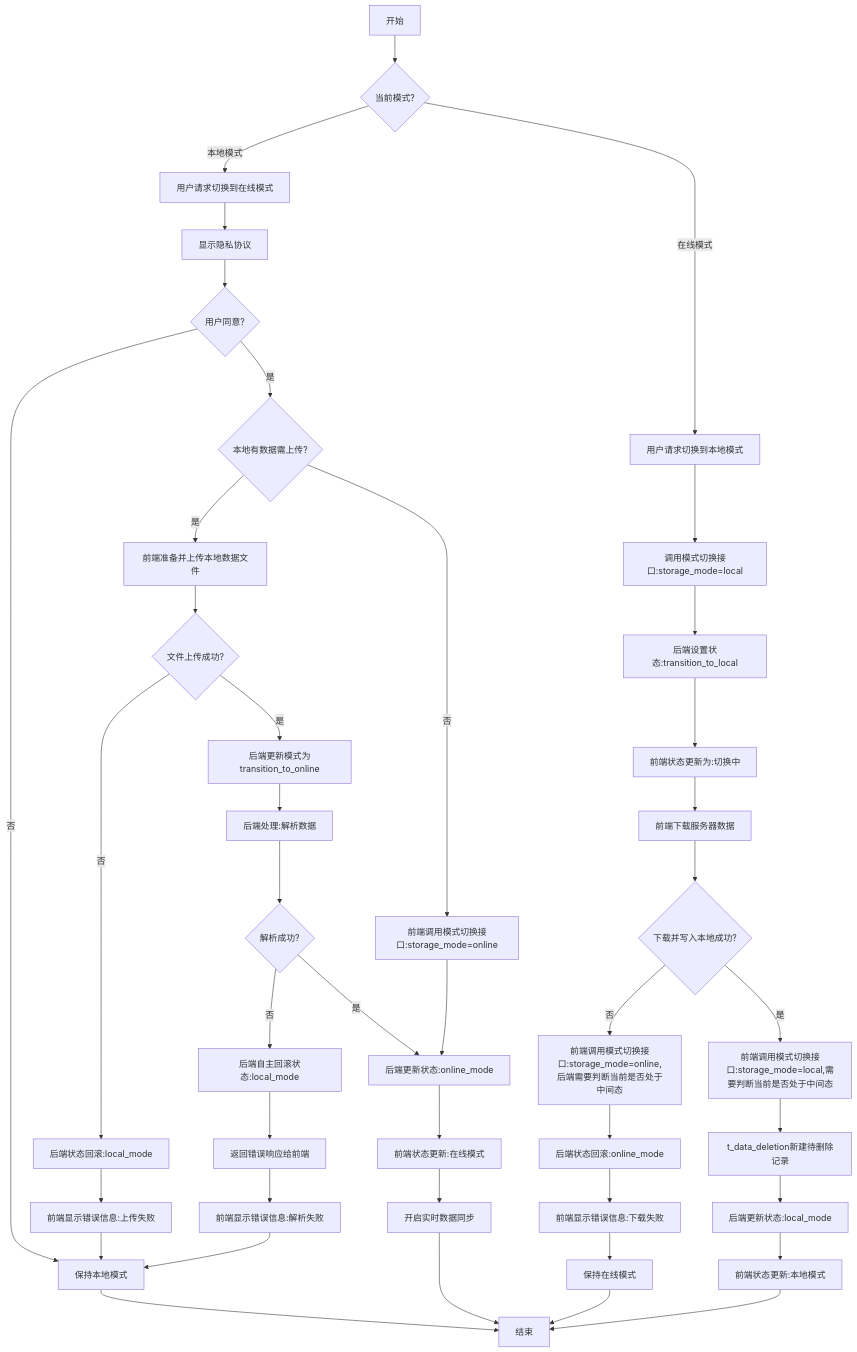
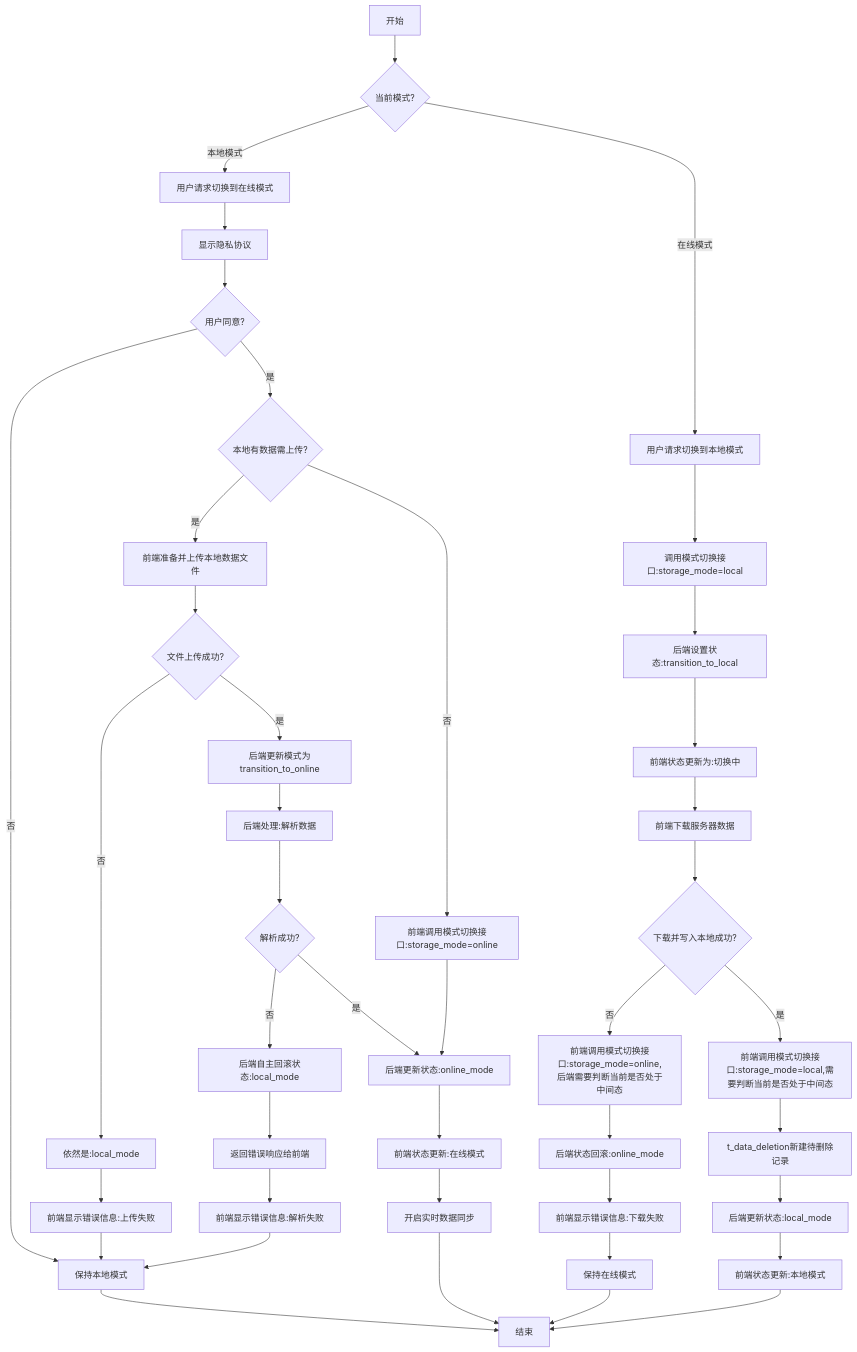
One commit to yingjianzh/iodraw-files changed the diagram in all/未命名-68.md. Above: the diagram before and after it, drawn with Mermaid.

Commit message:
2025-06-04 10:04:29 update

````diff
--- a/all/未命名-68.md
+++ b/all/未命名-68.md
@@ -1,67 +1,67 @@
 ```mermaid
 
 flowchart TD
     A[开始] --> B{当前模式?}
     
     %% 本地模式转在线模式
     B -->|本地模式| C[用户请求切换到在线模式]
     C --> D[显示隐私协议]
     D --> E{用户同意?}
 
 
     E -->|否| F[保持本地模式]
     F --> Z[结束]
     
     E -->|是| J{本地有数据需上传?}
     
     %% 有本地数据需上传的情况
     J -->|是| K[前端准备并上传本地数据文件]
     K --> L{文件上传成功?}
     
     %% 上传失败的情况
-    L -->|否| N[后端状态回滚:local_mode]
+    L -->|否| N[依然是:local_mode]
     N --> O[前端显示错误信息:上传失败]
     O --> F
     
     %% 上传成功但解析失败的情况
     L -->|是| G[后端更新模式为transition_to_online]
     G --> P[后端处理:解析数据]
     P --> Q{解析成功?}
     Q -->|否| R[后端自主回滚状态:local_mode]
     R --> S[返回错误响应给前端]
     S --> T[前端显示错误信息:解析失败]
     T --> F
     
     %% 全部成功的情况
     Q -->|是| U[后端更新状态:online_mode]
     J -->|否| V[前端调用模式切换接口:storage_mode=online]
     V --> U
     
     U --> W[前端状态更新:在线模式]
     W --> X[开启实时数据同步]
     X --> Z
     
     %% 在线模式转本地模式
     B -->|在线模式| AA[用户请求切换到本地模式]
     AA --> AB[调用模式切换接口:storage_mode=local]
     AB --> AC[后端设置状态:transition_to_local]
     AC --> AD[前端状态更新为:切换中]
     
     AD --> AE[前端下载服务器数据]
     AE --> AF{下载并写入本地成功?}
     
     %% 下载失败的情况
     AF -->|否| AG[前端调用模式切换接口:storage_mode=online,后端需要判断当前是否处于中间态]
     AG --> AH[后端状态回滚:online_mode]
     AH --> AI[前端显示错误信息:下载失败]
     AI --> AJ[保持在线模式]
     AJ --> Z
     
     %% 下载成功的情况
     AF -->|是| AK[前端调用模式切换接口:storage_mode=local,需要判断当前是否处于中间态]
     AK --> AL[t_data_deletion新建待删除记录]
     AL --> AM[后端更新状态:local_mode]
     AM --> AN[前端状态更新:本地模式]
     AN --> Z
 
 ```
````
